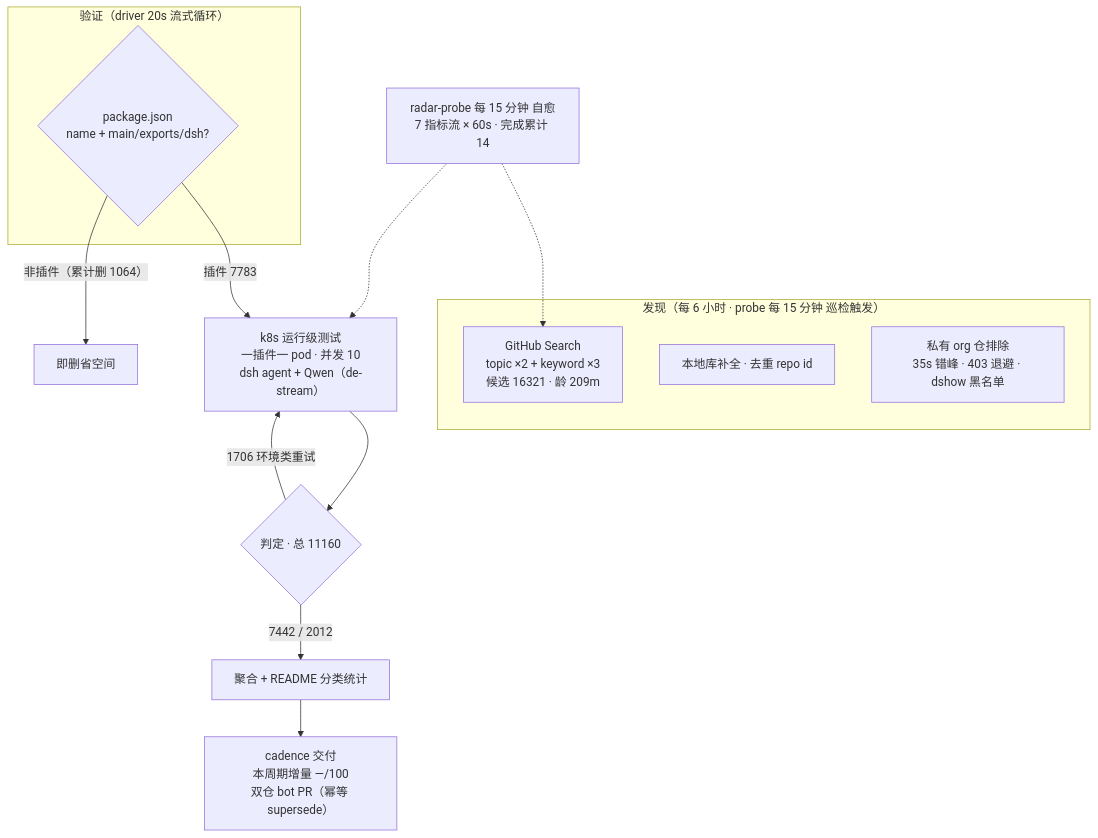
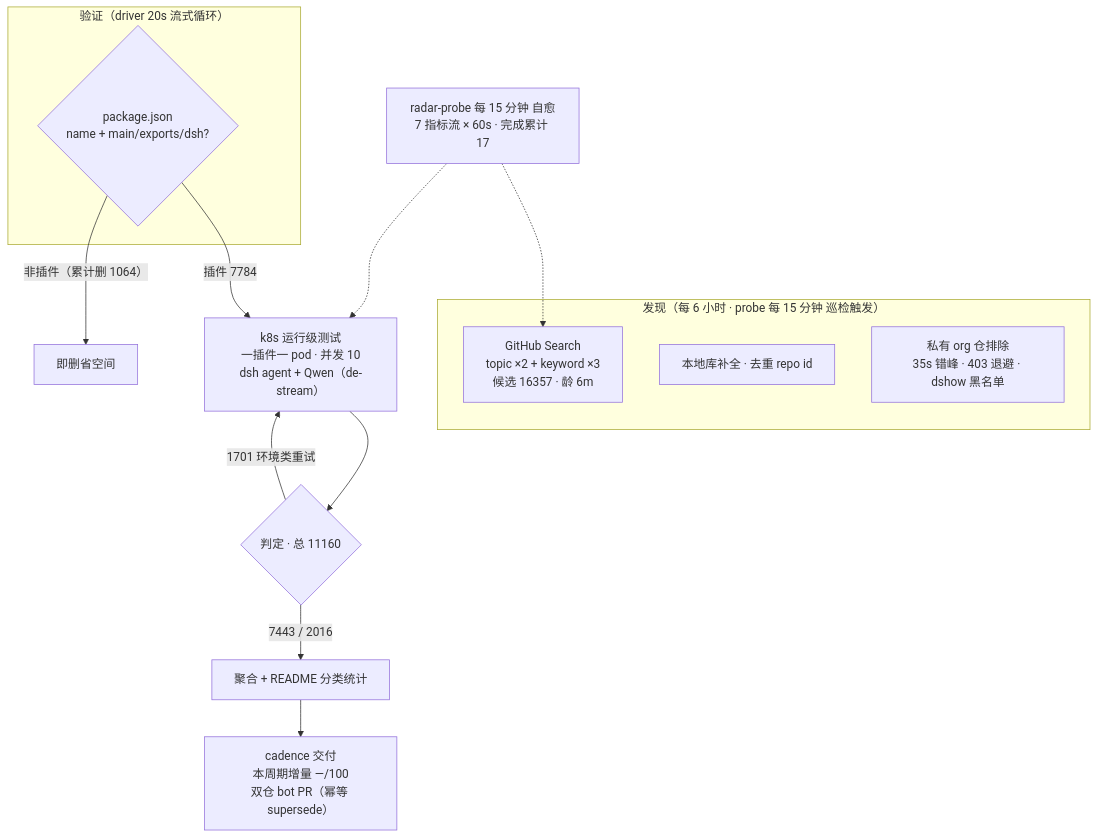
One commit to Zhidao-Lab-OSS/awesome-dsh-plugins changed the diagram in README.md. Above: the diagram before and after it, drawn with Mermaid. The commit also changed other lines of this file and 1 other file, not shown here.

````diff
--- a/README.md
+++ b/README.md
@@ -52,20 +52,20 @@
 ```mermaid
 flowchart TB
     subgraph Discovery["发现（每 6 小时 · probe 每 15 分钟 巡检触发）"]
-        A1["GitHub Search<br/>topic ×2 + keyword ×3<br/>候选 16321 · 龄 209m"]
+        A1["GitHub Search<br/>topic ×2 + keyword ×3<br/>候选 16357 · 龄 6m"]
         A2["本地库补全 · 去重 repo id"]
         A3["私有 org 仓排除<br/>35s 错峰 · 403 退避 · dshow 黑名单"]
     end
     subgraph Validation["验证（driver 20s 流式循环）"]
         B1{"package.json<br/>name + main/exports/dsh?"}
     end
-    B1 -->|"插件 7783"| C1["k8s 运行级测试<br/>一插件一 pod · 并发 10<br/>dsh agent + Qwen（de-stream）"]
+    B1 -->|"插件 7784"| C1["k8s 运行级测试<br/>一插件一 pod · 并发 10<br/>dsh agent + Qwen（de-stream）"]
     B1 -->|"非插件（累计删 1064）"| B3["即删省空间"]
     C1 --> D1{"判定 · 总 11160"}
-    D1 -->|"7442 / 2012"| E1["聚合 + README 分类统计"]
-    D1 -->|"1706 环境类重试"| C1
+    D1 -->|"7443 / 2016"| E1["聚合 + README 分类统计"]
+    D1 -->|"1701 环境类重试"| C1
     E1 --> E2["cadence 交付<br/>本周期增量 —/100<br/>双仓 bot PR（幂等 supersede）"]
-    M["radar-probe 每 15 分钟 自愈<br/>7 指标流 × 60s · 完成累计 14"]
+    M["radar-probe 每 15 分钟 自愈<br/>7 指标流 × 60s · 完成累计 17"]
     M -.-> A1
     M -.-> C1
 ```
````
